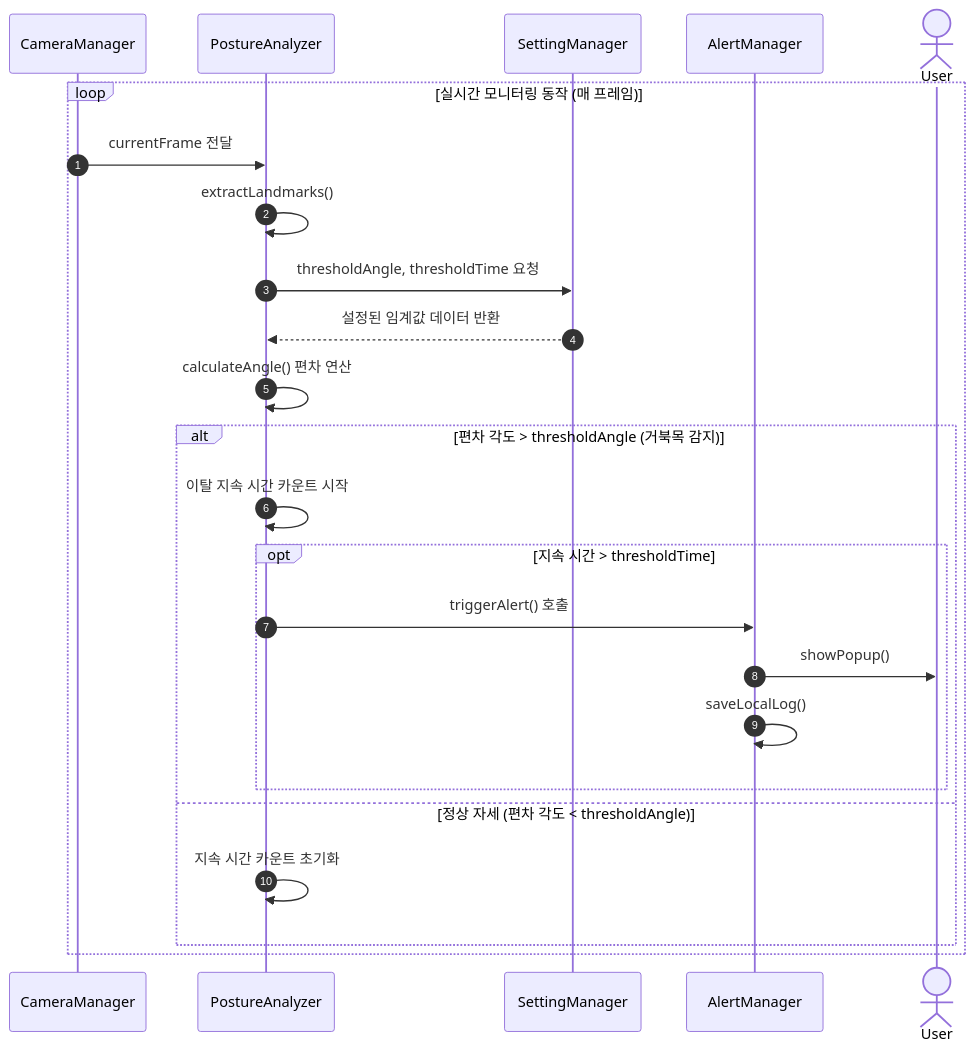
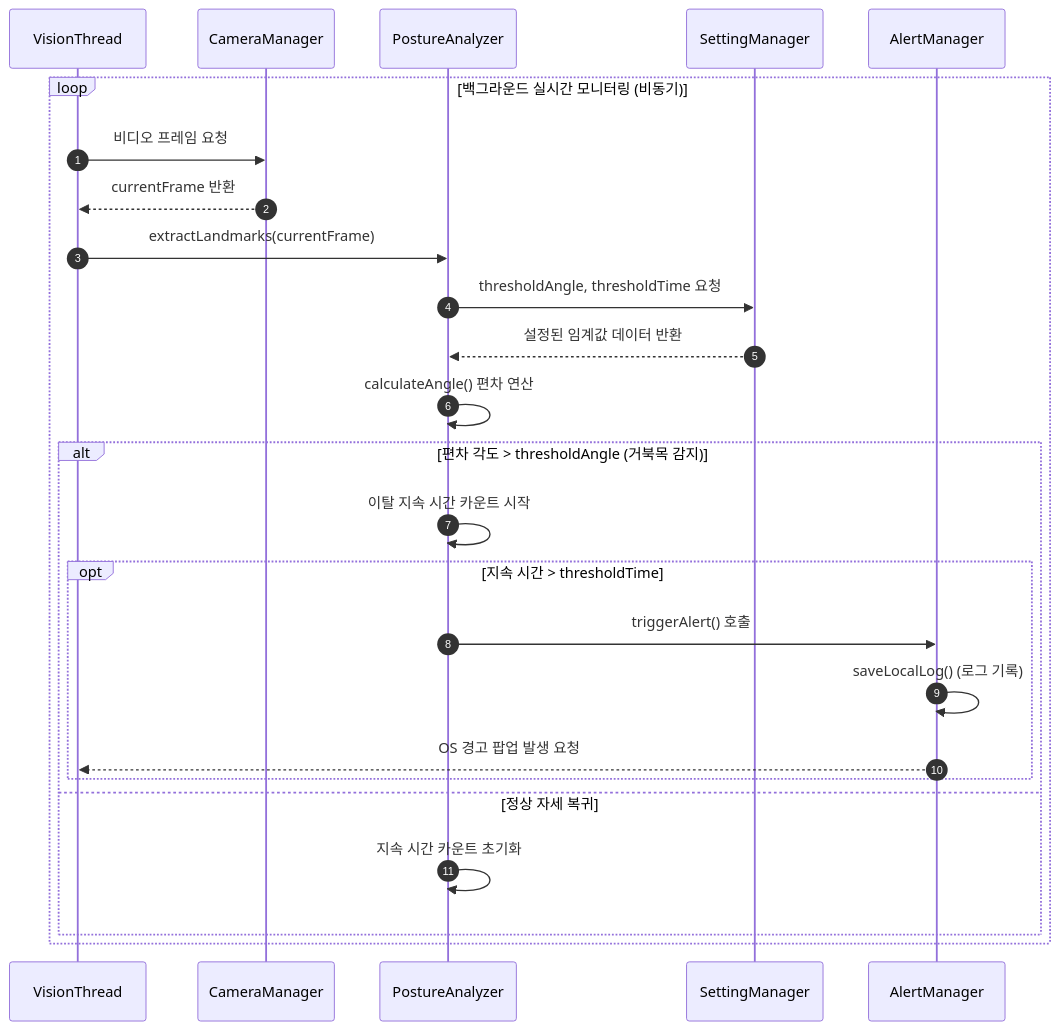
Before and after one commit to wjsehd/Posture-Guardian-Project: the fourth of 5 diagrams in Design_[22313532_전동규].md, drawn with Mermaid. The commit also changed other lines of this file, not shown here.

````diff
--- a/Design_[22313532_전동규].md
+++ b/Design_[22313532_전동규].md
@@ -198,28 +209,29 @@
 ```mermaid
 sequenceDiagram
     autonumber
+    participant VT as VisionThread
     participant CM as CameraManager
     participant PA as PostureAnalyzer
     participant SM as SettingManager
     participant AM as AlertManager
-    actor User
 
-    loop 실시간 모니터링 동작 (매 프레임)
-        CM->>PA: currentFrame 전달
-        PA->>PA: extractLandmarks()
+    loop 백그라운드 실시간 모니터링 (비동기)
+        VT->>CM: 비디오 프레임 요청
+        CM-->>VT: currentFrame 반환
+        VT->>PA: extractLandmarks(currentFrame)
         PA->>SM: thresholdAngle, thresholdTime 요청
         SM-->>PA: 설정된 임계값 데이터 반환
         PA->>PA: calculateAngle() 편차 연산
 
         alt 편차 각도 > thresholdAngle (거북목 감지)
             PA->>PA: 이탈 지속 시간 카운트 시작
             opt 지속 시간 > thresholdTime
                 PA->>AM: triggerAlert() 호출
-                AM->>User: showPopup()
-                AM->>AM: saveLocalLog()
+                AM->>AM: saveLocalLog() (로그 기록)
+                AM-->>VT: OS 경고 팝업 발생 요청
             end
-        else 정상 자세 (편차 각도 < thresholdAngle)
+        else 정상 자세 복귀
             PA->>PA: 지속 시간 카운트 초기화
         end
     end
 ```
````
